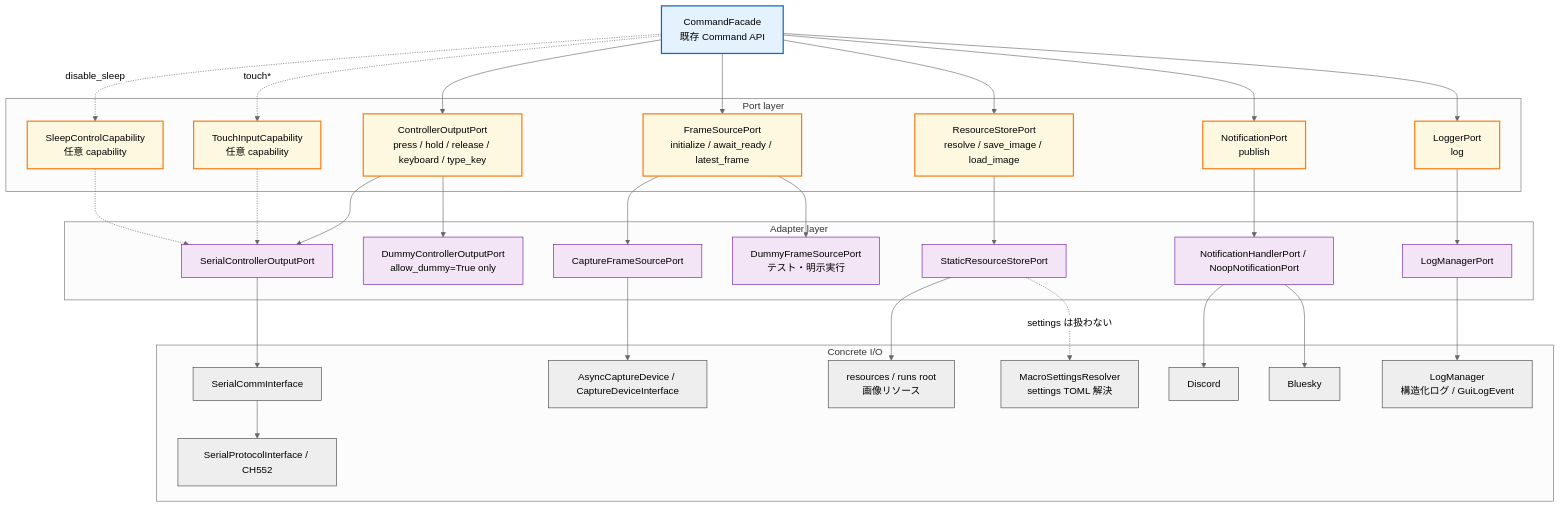
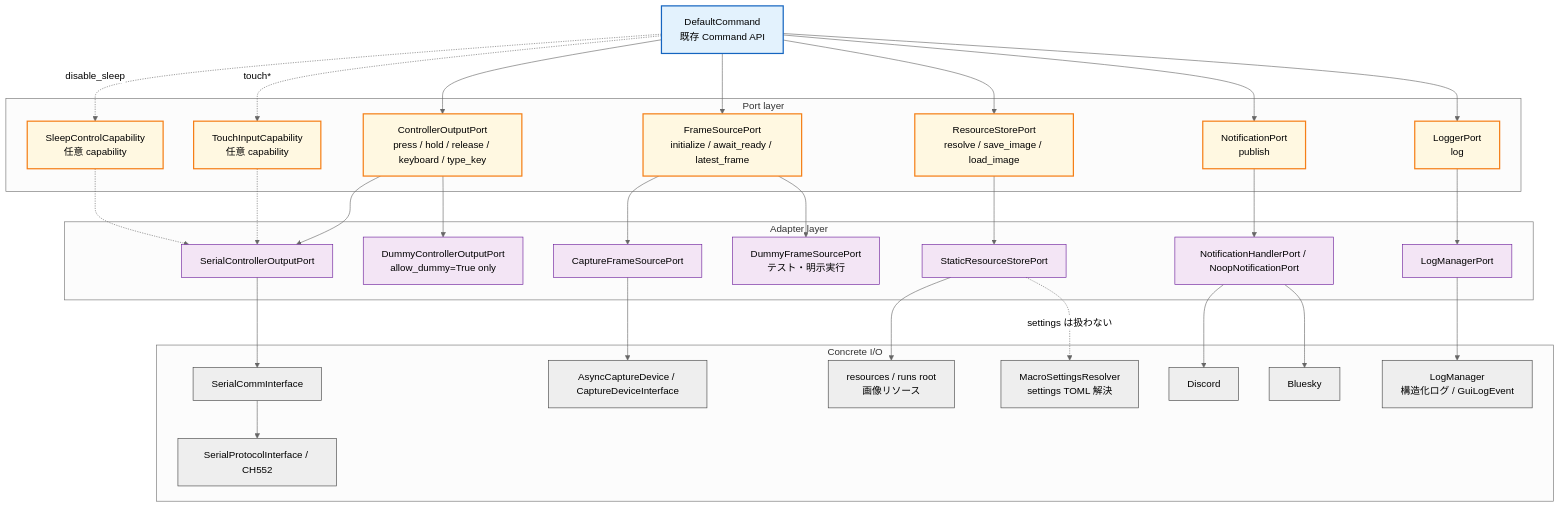
The third of 5 diagrams in spec/framework/rearchitecture/ARCHITECTURE_DIAGRAMS.md (niart120/Project_NyX), drawn with Mermaid (neutral theme) before and after one commit. The commit also changed other lines of this file and 13 other files, not shown here.

````diff
--- a/spec/framework/rearchitecture/ARCHITECTURE_DIAGRAMS.md
+++ b/spec/framework/rearchitecture/ARCHITECTURE_DIAGRAMS.md
@@ -255,65 +255,65 @@
 ```mermaid
 flowchart TB
-    CommandFacade["CommandFacade<br/>既存 Command API"]
+    DefaultCommandImpl["DefaultCommand<br/>既存 Command API"]
 
     subgraph PortLayer["Port layer"]
         Controller["ControllerOutputPort<br/>press / hold / release / keyboard / type_key"]
         Capture["FrameSourcePort<br/>initialize / await_ready / latest_frame"]
         Resource["ResourceStorePort<br/>resolve / save_image / load_image"]
         Notify["NotificationPort<br/>publish"]
         Logger["LoggerPort<br/>log"]
         Touch["TouchInputCapability<br/>任意 capability"]
         Sleep["SleepControlCapability<br/>任意 capability"]
     end
 
     subgraph AdapterLayer["Adapter layer"]
         SerialPort["SerialControllerOutputPort"]
         DummyController["DummyControllerOutputPort<br/>allow_dummy=True only"]
         CapturePort["CaptureFrameSourcePort"]
         DummyFrame["DummyFrameSourcePort<br/>テスト・明示実行"]
         StaticStore["StaticResourceStorePort"]
         NotificationHandlerPort["NotificationHandlerPort / NoopNotificationPort"]
         LogManagerPort["LogManagerPort"]
     end
 
     subgraph ConcreteIO["Concrete I/O"]
         SerialComm["SerialCommInterface"]
         Protocol["SerialProtocolInterface / CH552"]
         CaptureDevice["AsyncCaptureDevice / CaptureDeviceInterface"]
         StaticRoot["resources / runs root<br/>画像リソース"]
         SettingsResolver["MacroSettingsResolver<br/>settings TOML 解決"]
         Discord["Discord"]
         Bluesky["Bluesky"]
         LogManager["LogManager<br/>構造化ログ / GuiLogEvent"]
     end
 
-    CommandFacade --> Controller
-    CommandFacade --> Capture
-    CommandFacade --> Resource
-    CommandFacade --> Notify
-    CommandFacade --> Logger
-    CommandFacade -. "touch*" .-> Touch
-    CommandFacade -. "disable_sleep" .-> Sleep
+    DefaultCommandImpl --> Controller
+    DefaultCommandImpl --> Capture
+    DefaultCommandImpl --> Resource
+    DefaultCommandImpl --> Notify
+    DefaultCommandImpl --> Logger
+    DefaultCommandImpl -. "touch*" .-> Touch
+    DefaultCommandImpl -. "disable_sleep" .-> Sleep
 
     Controller --> SerialPort --> SerialComm --> Protocol
     Controller --> DummyController
     Touch -.-> SerialPort
     Sleep -.-> SerialPort
     Capture --> CapturePort --> CaptureDevice
     Capture --> DummyFrame
     Resource --> StaticStore --> StaticRoot
     StaticStore -. "settings は扱わない" .-> SettingsResolver
     Notify --> NotificationHandlerPort --> Discord
     NotificationHandlerPort --> Bluesky
     Logger --> LogManagerPort --> LogManager
 
     classDef port fill:#fff8e1,stroke:#f57f17,stroke-width:2px;
     classDef adapter fill:#f3e5f5,stroke:#6a1b9a,stroke-width:1px;
     classDef io fill:#eeeeee,stroke:#424242,stroke-width:1px;
-    classDef facade fill:#e3f2fd,stroke:#1565c0,stroke-width:2px;
+    classDef commandimpl fill:#e3f2fd,stroke:#1565c0,stroke-width:2px;
 
-    class CommandFacade facade;
+    class DefaultCommandImpl commandimpl;
     class Controller,Capture,Resource,Notify,Logger,Touch,Sleep port;
     class SerialPort,DummyController,CapturePort,DummyFrame,StaticStore,NotificationHandlerPort,LogManagerPort adapter;
     class SerialComm,Protocol,CaptureDevice,StaticRoot,SettingsResolver,Discord,Bluesky,LogManager io;
 ```
````
